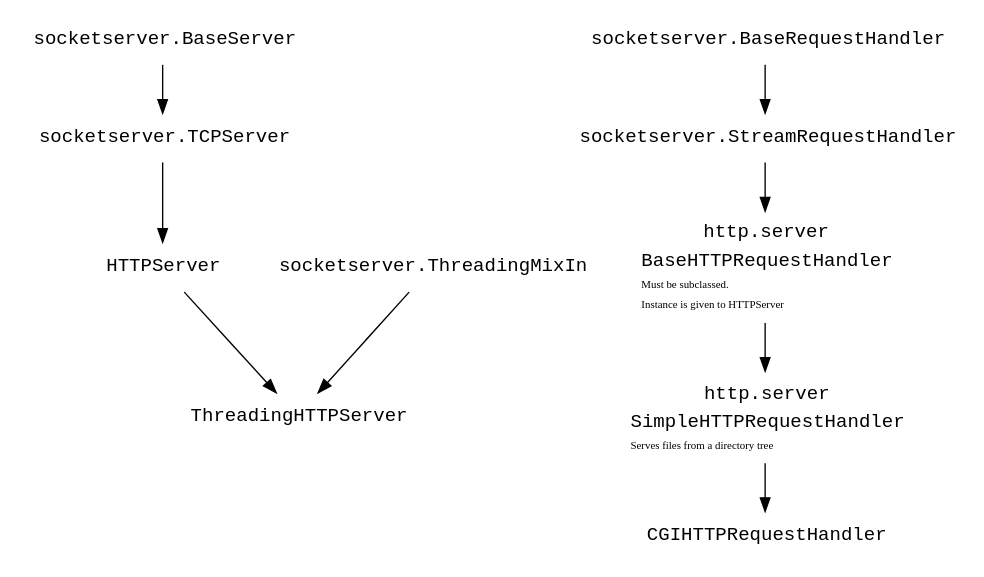
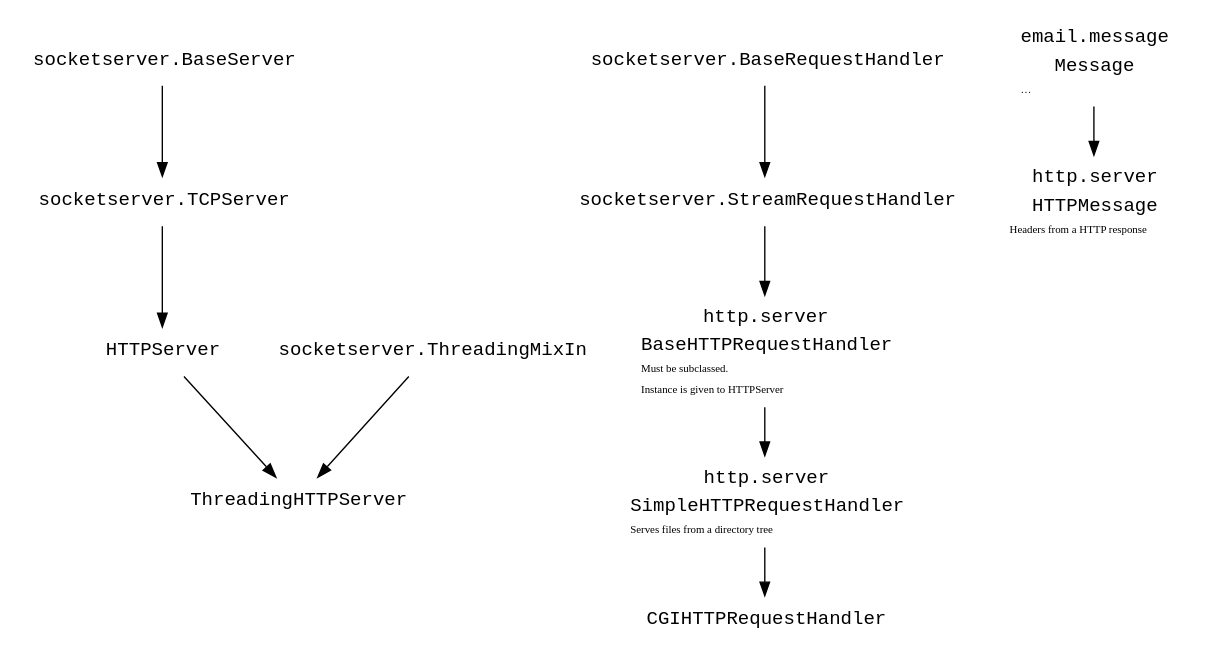
The diagram in standard-library/http/server/hierarchy.dot (ReneNyffenegger/temp-Python), drawn with Graphviz before and after one commit. The commit also changed 1 other file, not shown here.

```diff
--- a/standard-library/http/server/hierarchy.dot
+++ b/standard-library/http/server/hierarchy.dot
@@ -1,43 +1,57 @@
 digraph {
 
   node [shape=none]
 
   socketserver_BaseServer[ label=< <font face="Courier">socketserver.BaseServer</font> >]
   socketserver_TCPServer[ label=< <font face="Courier">socketserver.TCPServer</font> >]
   socketserver_ThreadingMixIn[ label=< <font face="Courier">socketserver.ThreadingMixIn</font> >]
   socketserver_BaseRequestHandler[ label=< <font face="Courier">socketserver.BaseRequestHandler</font> >]
   socketserver_StreamRequestHandler[ label=< <font face="Courier">socketserver.StreamRequestHandler</font> >]
 
   HTTPServer [ label=< <font face="Courier">HTTPServer</font> >]
   ThreadingHTTPServer [ label=< <font face="Courier">ThreadingHTTPServer</font> >]
 
   BaseHTTPRequestHandler [ label=< <table border="0">
     <tr><td><font face="courier">http.server</font></td></tr>
     <tr><td><font face="courier">BaseHTTPRequestHandler</font></td></tr>
     <tr><td align="left"><font point-size="8">Must be subclassed.</font></td></tr>
     <tr><td align="left"><font point-size="8">Instance is given to HTTPServer</font></td></tr>
   </table> > ]
 
 
   SimpleHTTPRequestHandler [ label=< <table border="0">
     <tr><td><font face="courier">http.server</font></td></tr>
     <tr><td><font face="courier">SimpleHTTPRequestHandler</font></td></tr>
     <tr><td align="left"><font point-size="8">Serves files from a directory tree</font></td></tr>
   </table> > ]
 
 
+  email_message_Message [ label=< <table border="0">
+    <tr><td><font face="courier">email.message</font></td></tr>
+    <tr><td><font face="courier">Message</font></td></tr>
+    <tr><td align="left"><font point-size="8">…</font></td></tr>
+  </table> > ]
+
+  HTTPMessage [ label=< <table border="0">
+    <tr><td><font face="courier">http.server</font></td></tr>
+    <tr><td><font face="courier">HTTPMessage</font></td></tr>
+    <tr><td align="left"><font point-size="8">Headers from a HTTP response</font></td></tr>
+  </table> > ]
+
   CGIHTTPRequestHandler [ label=< <font face="Courier">CGIHTTPRequestHandler</font> >]
 
   
   socketserver_BaseServer -> socketserver_TCPServer
 
   socketserver_TCPServer -> HTTPServer
   socketserver_ThreadingMixIn -> ThreadingHTTPServer
   socketserver_BaseRequestHandler -> socketserver_StreamRequestHandler
   socketserver_StreamRequestHandler -> BaseHTTPRequestHandler
   HTTPServer -> ThreadingHTTPServer
 
   BaseHTTPRequestHandler -> SimpleHTTPRequestHandler
   SimpleHTTPRequestHandler -> CGIHTTPRequestHandler
 
+  email_message_Message -> HTTPMessage
+
 }
```
